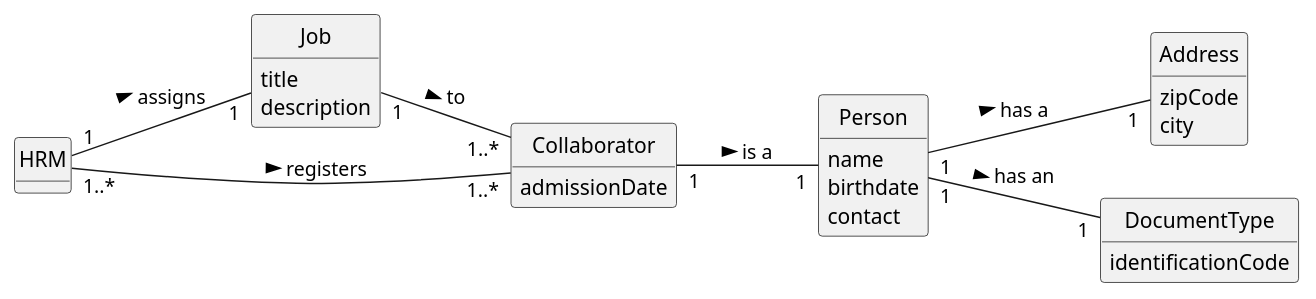
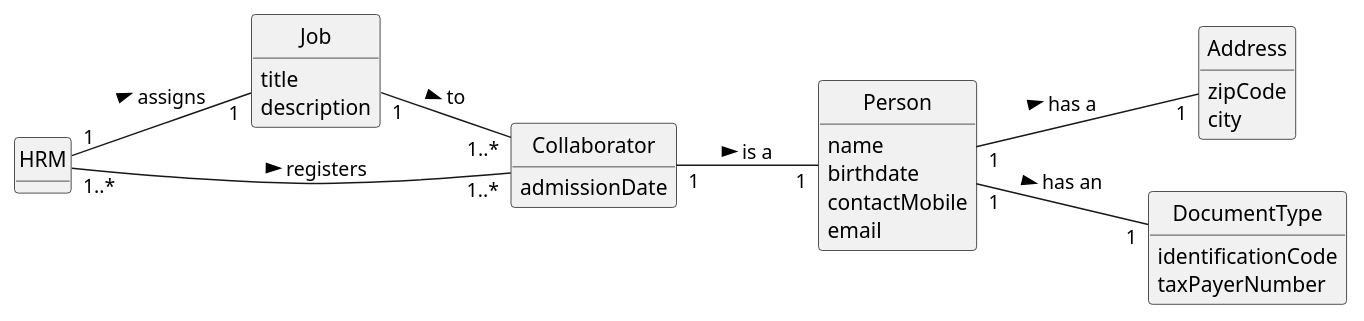
One commit to ricardomm7/leaflink changed the diagram in docs/sprintB/us003/02.analysis/puml/us003-domain-model.puml. Above: the diagram before and after it, drawn with PlantUML. The commit also changed 14 other files, not shown here.

```diff
--- a/docs/sprintB/us003/02.analysis/puml/us003-domain-model.puml
+++ b/docs/sprintB/us003/02.analysis/puml/us003-domain-model.puml
@@ -1,50 +1,51 @@
 @startuml
 skinparam monochrome true
 skinparam packageStyle rectangle
 skinparam shadowing false
 
 left to right direction
 
 skinparam classAttributeIconSize 0
 
 hide circle
 hide methods
 
 
 class HRM {
 }
 
 class Job {
     title
     description
 }
 
 class Collaborator {
     admissionDate
 }
 
 class Person {
     name
     birthdate
-    contact
-
+    contactMobile
+    email
 }
 
 class Address{
     zipCode
     city
 }
 
 class DocumentType{
   identificationCode
+  taxPayerNumber
 }
 
 ' Relationships
 Person "1" -- "1" Address: has a >
 Collaborator "1" -- "1" Person: is a >
 Person  "1" -- "1"  DocumentType : has an >
 HRM "1..*" -- "1..*" Collaborator : registers >
 HRM "1" -- "1" Job : assigns >
 Job "1" -- "1..*" Collaborator : to >
 
 @enduml
```
